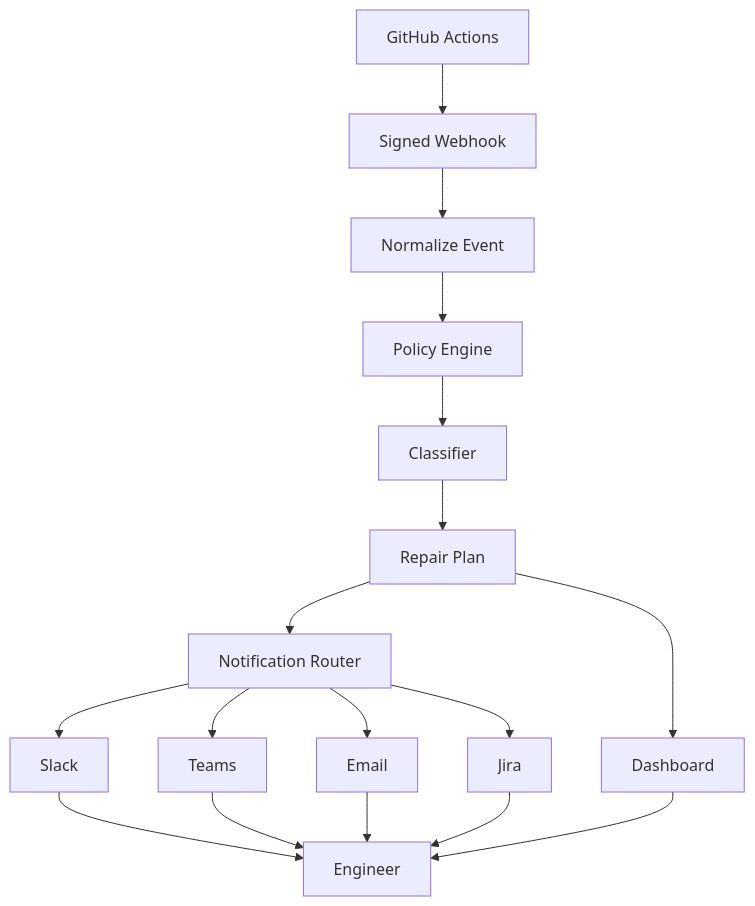
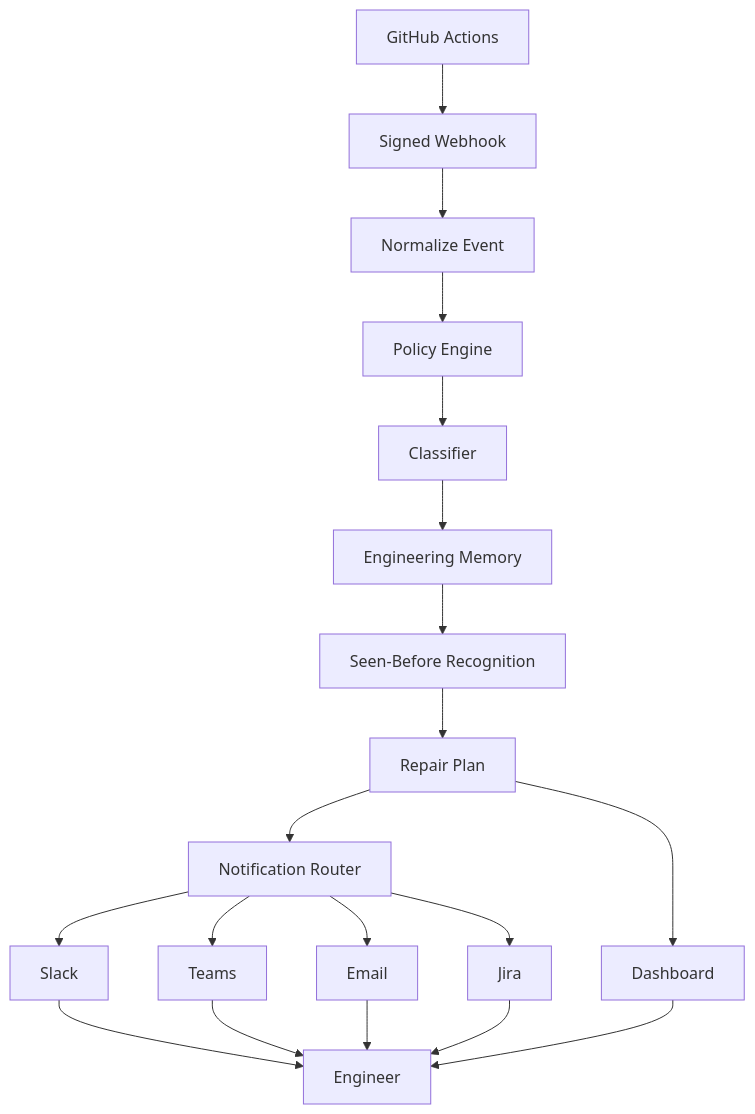
One commit to kinggucci195-sys/Loop-Engineer-CI changed the diagram in README.md. Above: the diagram before and after it, drawn with Mermaid. The commit also changed other lines of this file and 18 other files, not shown here.

Commit message:
Add engineering memory engine

````diff
--- a/README.md
+++ b/README.md
@@ -69,19 +70,21 @@
 ```mermaid
 flowchart TD
   github["GitHub Actions"] --> webhook["Signed Webhook"]
   webhook --> normalize["Normalize Event"]
   normalize --> policy["Policy Engine"]
   policy --> classifier["Classifier"]
-  classifier --> plan["Repair Plan"]
+  classifier --> memory["Engineering Memory"]
+  memory --> recognition["Seen-Before Recognition"]
+  recognition --> plan["Repair Plan"]
   plan --> router["Notification Router"]
   router --> slack["Slack"]
   router --> teams["Teams"]
   router --> email["Email"]
   router --> jira["Jira"]
   plan --> dashboard["Dashboard"]
   slack --> engineer["Engineer"]
   teams --> engineer
   email --> engineer
   jira --> engineer
   dashboard --> engineer
 ```
````
